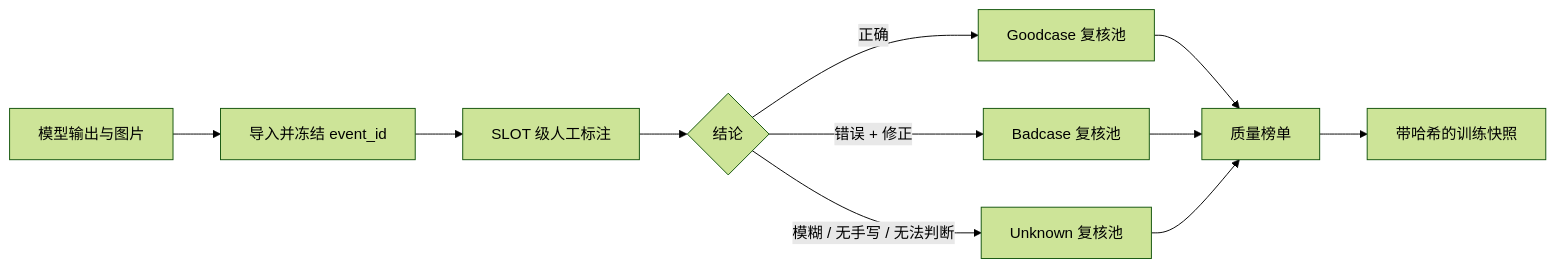
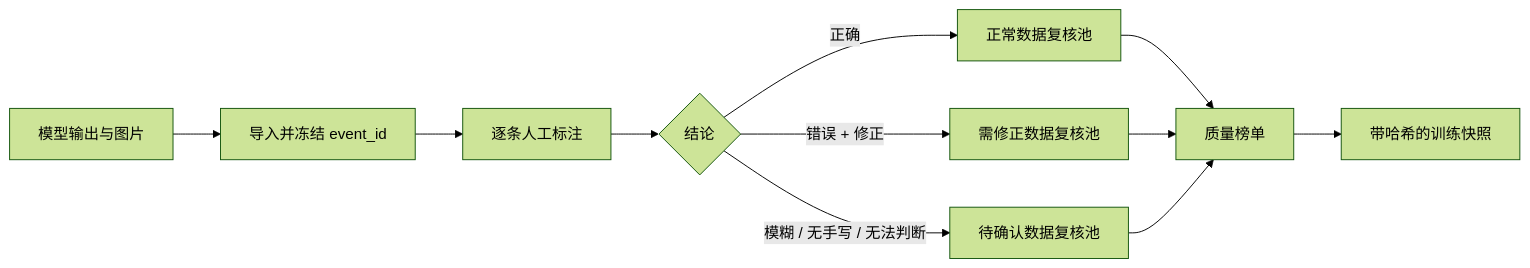
The diagram in README.md (znxzsy/human-annotation-platform), drawn with Mermaid (forest theme) before and after one commit. The commit also changed other lines of this file and 1 other file, not shown here.

````diff
--- a/README.md
+++ b/README.md
@@ -69,13 +71,13 @@
 ```mermaid
 flowchart LR
   A[模型输出与图片] --> B[导入并冻结 event_id]
-  B --> C[SLOT 级人工标注]
+  B --> C[逐条人工标注]
   C --> D{结论}
-  D -->|正确| E[Goodcase 复核池]
-  D -->|错误 + 修正| F[Badcase 复核池]
-  D -->|模糊 / 无手写 / 无法判断| G[Unknown 复核池]
+  D -->|正确| E[正常数据复核池]
+  D -->|错误 + 修正| F[需修正数据复核池]
+  D -->|模糊 / 无手写 / 无法判断| G[待确认数据复核池]
   E --> H[质量榜单]
   F --> H
   G --> H
   H --> I[带哈希的训练快照]
 ```
````
